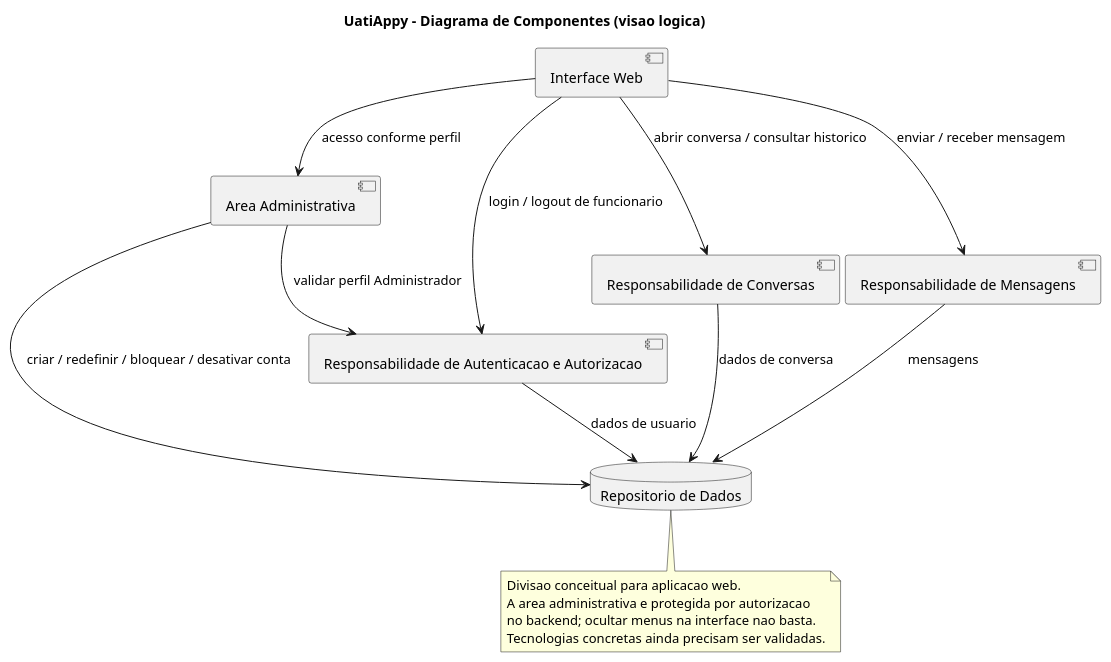
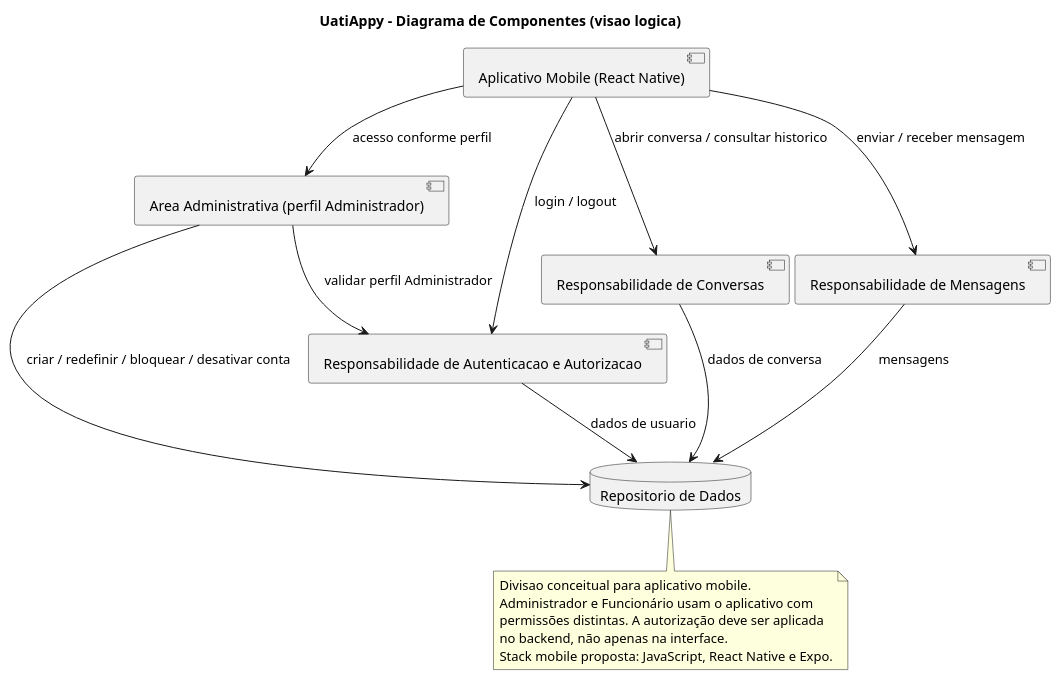
One commit to daviwanziler/uatiappy-vdois changed the second of 10 diagrams in Docs/requisitos/escopo-mvp.md. Above: the diagram before and after it, drawn with PlantUML. The commit also changed other lines of this file, not shown here.

Commit message:
docs: corrigir requisitos e diagramas para aplicativo mobile

````diff
--- a/Docs/requisitos/escopo-mvp.md
+++ b/Docs/requisitos/escopo-mvp.md
@@ -273,29 +275,30 @@
 ```plantuml
 @startuml
 title UatiAppy - Diagrama de Componentes (visao logica)
 
-component "Interface Web" as UI
-component "Area Administrativa" as ADMINUI
+component "Aplicativo Mobile (React Native)" as UI
+component "Area Administrativa (perfil Administrador)" as ADMINUI
 component "Responsabilidade de Autenticacao e Autorizacao" as AUTH
 component "Responsabilidade de Conversas" as CONV
 component "Responsabilidade de Mensagens" as MSG
 database "Repositorio de Dados" as DATA
 
-UI --> AUTH : login / logout de funcionario
+UI --> AUTH : login / logout
 UI --> ADMINUI : acesso conforme perfil
 ADMINUI --> AUTH : validar perfil Administrador
 ADMINUI --> DATA : criar / redefinir / bloquear / desativar conta
 UI --> CONV : abrir conversa / consultar historico
 UI --> MSG : enviar / receber mensagem
 AUTH --> DATA : dados de usuario
 CONV --> DATA : dados de conversa
 MSG --> DATA : mensagens
 
 note bottom
-  Divisao conceitual para aplicacao web.
-  A area administrativa e protegida por autorizacao
-  no backend; ocultar menus na interface nao basta.
-  Tecnologias concretas ainda precisam ser validadas.
+  Divisao conceitual para aplicativo mobile.
+  Administrador e Funcionário usam o aplicativo com
+  permissões distintas. A autorização deve ser aplicada
+  no backend, não apenas na interface.
+  Stack mobile proposta: JavaScript, React Native e Expo.
 end note
 @enduml
 ```
````
